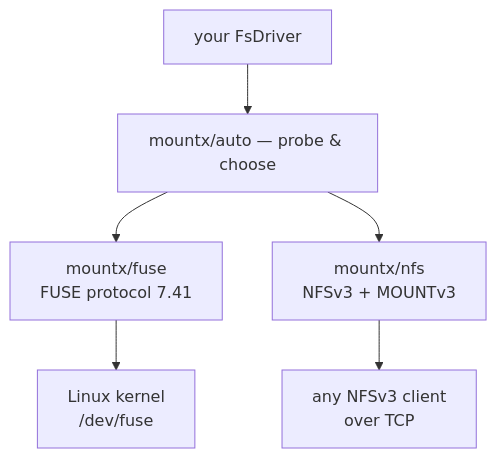
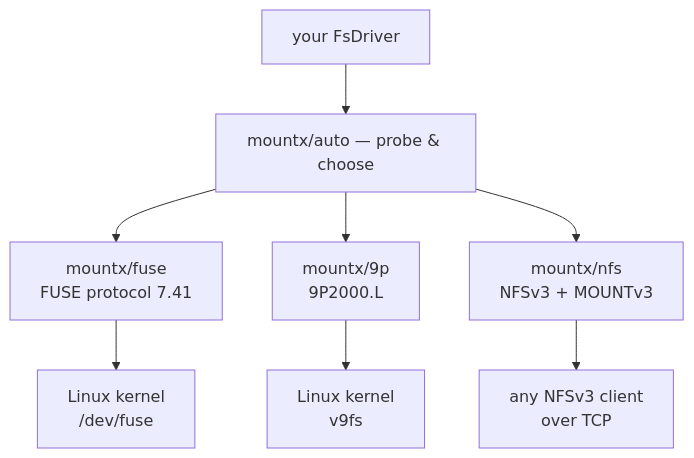
One commit to pithings/mountx changed the diagram in docs/2.transports/0.index.md. Above: the diagram before and after it, drawn with Mermaid. The commit also changed other lines of this file and 18 other files, not shown here.

First line of the commit message:
docs: the 9P transport — site pages, AGENTS.md map, roadmap

````diff
--- a/docs/2.transports/0.index.md
+++ b/docs/2.transports/0.index.md
@@ -12,14 +12,18 @@
 ```mermaid
 graph TB
   driver["your FsDriver"]
   auto["mountx/auto — probe & choose"]
   fuse["mountx/fuse<br/>FUSE protocol 7.41"]
+  p9["mountx/9p<br/>9P2000.L"]
   nfs["mountx/nfs<br/>NFSv3 + MOUNTv3"]
   klinux["Linux kernel<br/>/dev/fuse"]
+  kv9fs["Linux kernel<br/>v9fs"]
   knfs["any NFSv3 client<br/>over TCP"]
   driver --> auto
   auto --> fuse
+  auto --> p9
   auto --> nfs
   fuse --> klinux
+  p9 --> kv9fs
   nfs --> knfs
 ```
````
